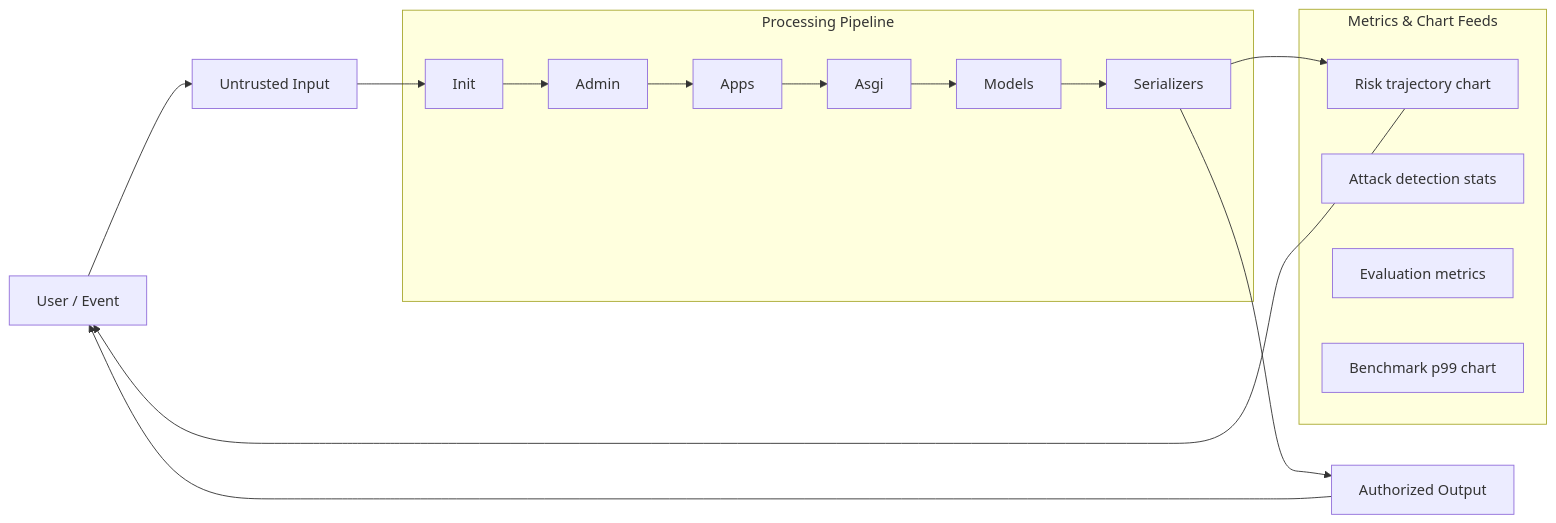
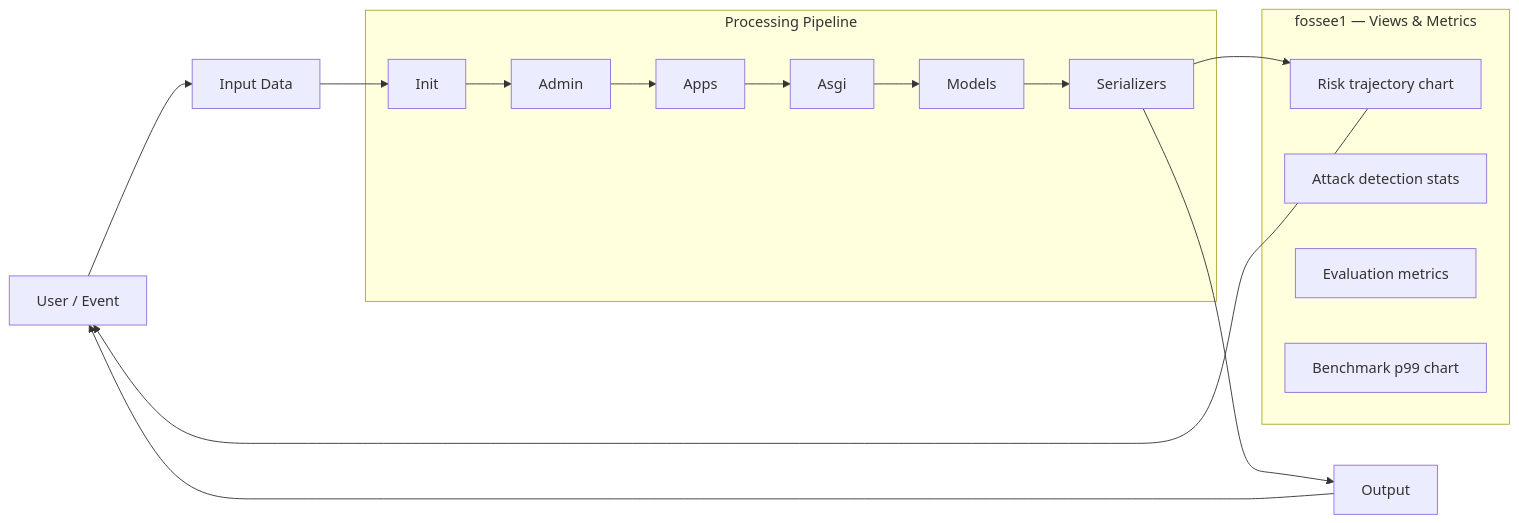
One commit to Punyamittal/fossee1 changed the second of 4 diagrams in README.md. Above: the diagram before and after it, drawn with Mermaid. The commit also changed other lines of this file, not shown here.

````diff
--- a/README.md
+++ b/README.md
@@ -250,31 +297,31 @@
 ```mermaid
 flowchart LR
-    U["User / Event"] --> IN["Untrusted Input"]
+    U["User / Event"] --> IN["Input Data"]
 
     subgraph Pipeline["Processing Pipeline"]
         p0["  Init  "]
         p1["Admin"]
         p2["Apps"]
         p3["Asgi"]
         p4["Models"]
         p5["Serializers"]
         p0 --> p1
         p1 --> p2
         p2 --> p3
         p3 --> p4
         p4 --> p5
     end
 
-    subgraph Metrics["Metrics & Chart Feeds"]
+    subgraph Metrics["fossee1 — Views & Metrics"]
         risk_trajectory["Risk trajectory chart"]
         attack_stats["Attack detection stats"]
         eval_metrics["Evaluation metrics"]
         benchmark_p99["Benchmark p99 chart"]
     end
 
     IN --> p0
-    p5 --> OUT["Authorized Output"]
+    p5 --> OUT["Output"]
     OUT --> U
     p5 --> risk_trajectory
     risk_trajectory --> U
 ```
````
